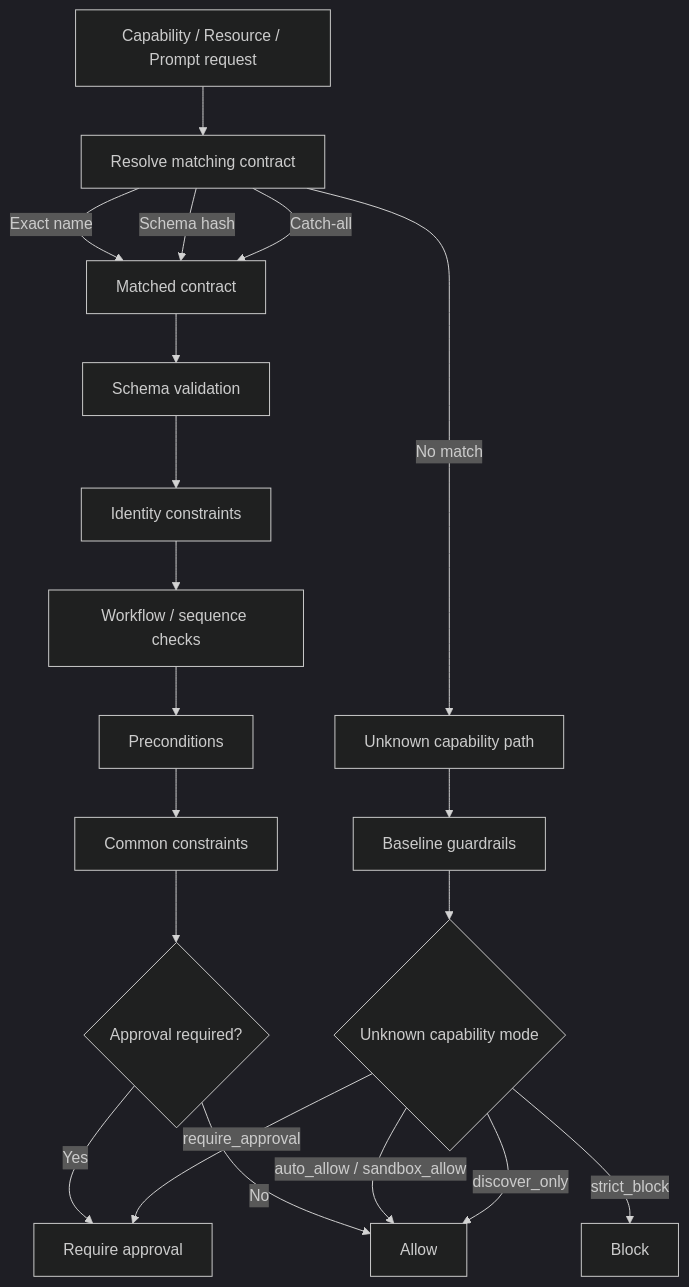
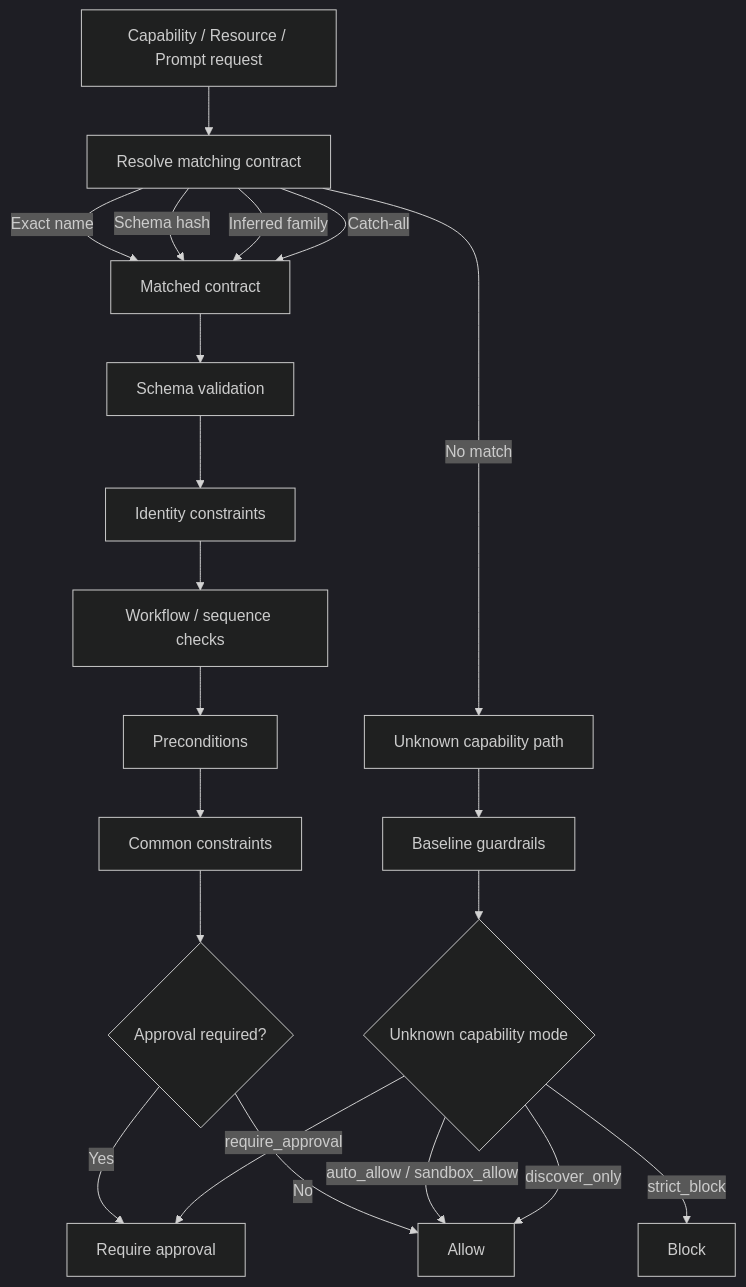
The diagram in Documentaion.md (MohamedLouayChatti/ASCP), drawn with Mermaid (dark theme) before and after one commit. The commit also changed other lines of this file and 5 other files, not shown here.

First line of the commit message:
Enhance Layer B functionality with inferred family matching and default policies

````diff
--- a/Documentaion.md
+++ b/Documentaion.md
@@ -15,24 +15,25 @@
 ```mermaid
 flowchart TD
     A[Capability / Resource / Prompt request] --> B[Resolve matching contract]
     B -->|Exact name| C[Matched contract]
     B -->|Schema hash| C
+    B -->|Inferred family| C
     B -->|Catch-all| C
     B -->|No match| U[Unknown capability path]
 
     C --> D[Schema validation]
     D --> E[Identity constraints]
     E --> F[Workflow / sequence checks]
     F --> G[Preconditions]
     G --> H[Common constraints]
     H --> I{Approval required?}
     I -->|Yes| J[Require approval]
     I -->|No| K[Allow]
 
     U --> L[Baseline guardrails]
     L --> M{Unknown capability mode}
     M -->|strict_block| N[Block]
     M -->|require_approval| J
     M -->|auto_allow / sandbox_allow| K
     M -->|discover_only| K
 ```
````
